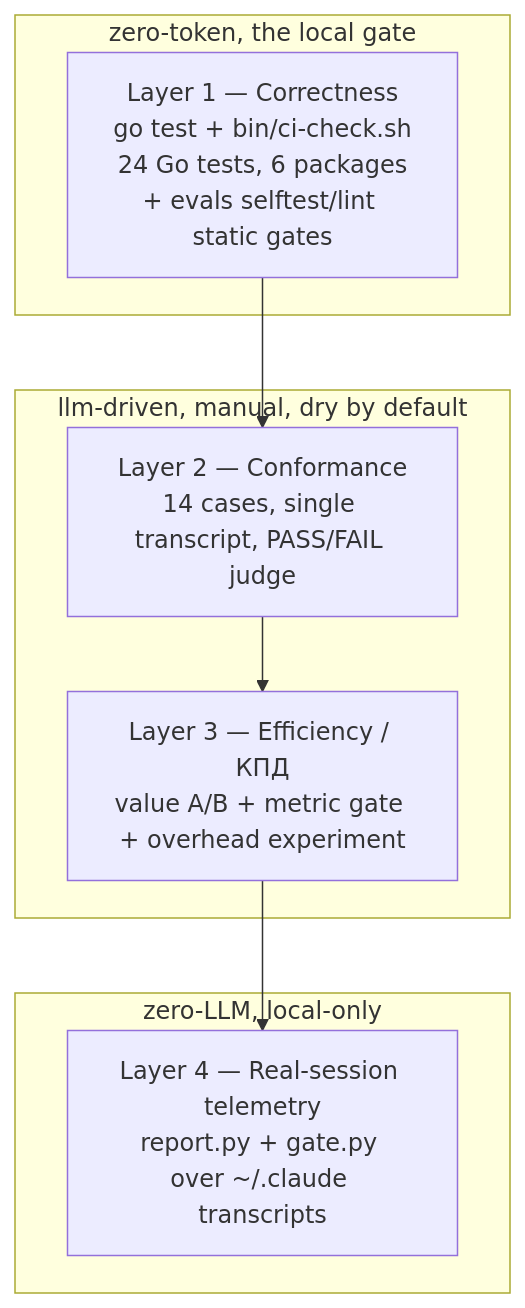
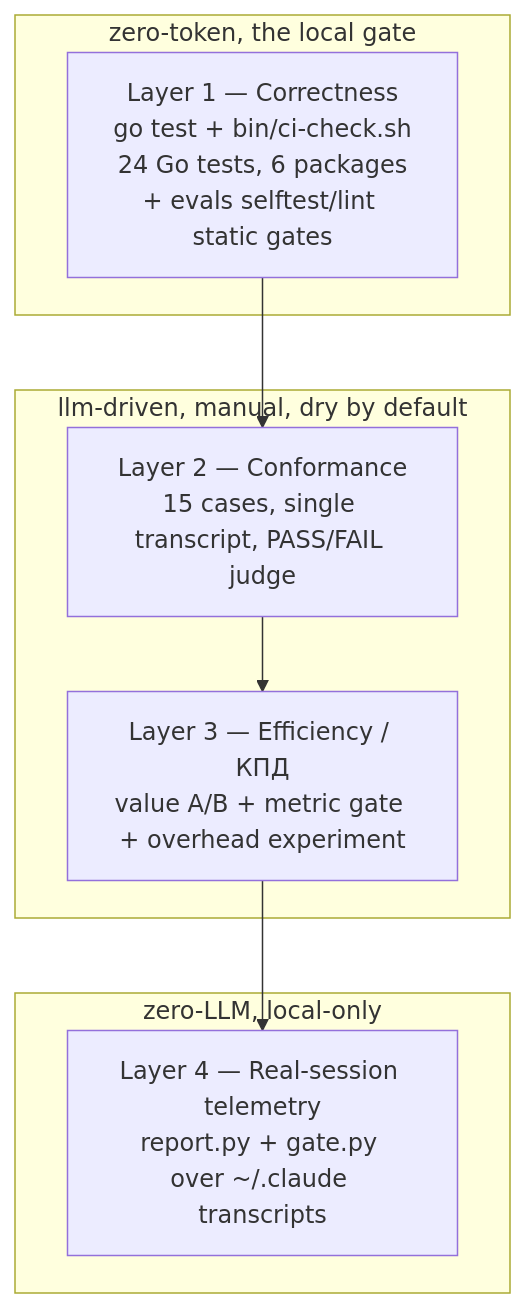
Before and after one commit to Tsurai7/agentic-toolset: the diagram in TESTING.md, drawn with Mermaid. The commit also changed other lines of this file and 5 other files, not shown here.

````diff
--- a/TESTING.md
+++ b/TESTING.md
@@ -39,16 +39,16 @@
 ```mermaid
 graph TD
     subgraph "zero-token, the local gate"
         L1["Layer 1 — Correctness<br/>go test + bin/ci-check.sh<br/>24 Go tests, 6 packages<br/>+ evals selftest/lint static gates"]
     end
     subgraph "llm-driven, manual, dry by default"
-        L2["Layer 2 — Conformance<br/>14 cases, single transcript, PASS/FAIL judge"]
+        L2["Layer 2 — Conformance<br/>15 cases, single transcript, PASS/FAIL judge"]
         L3["Layer 3 — Efficiency / КПД<br/>value A/B + metric gate + overhead experiment"]
     end
     subgraph "zero-LLM, local-only"
         L4["Layer 4 — Real-session telemetry<br/>report.py + gate.py over ~/.claude transcripts"]
     end
     L1 --> L2
     L2 --> L3
     L3 --> L4
 ```
````
